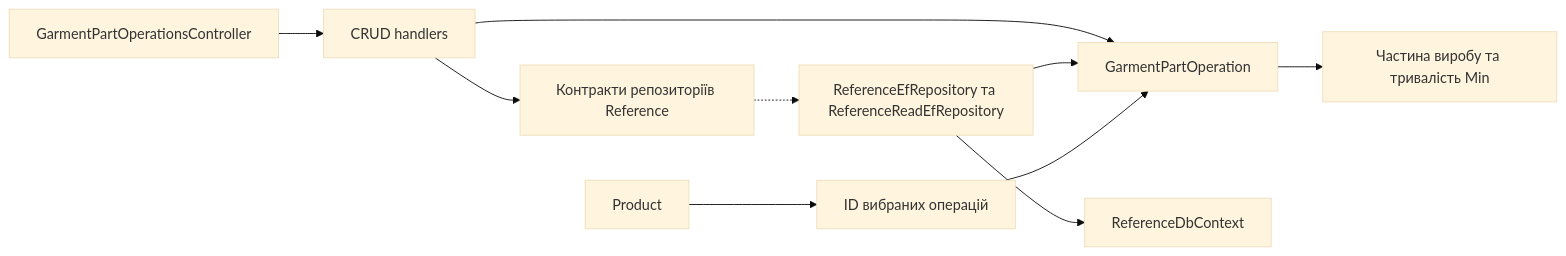
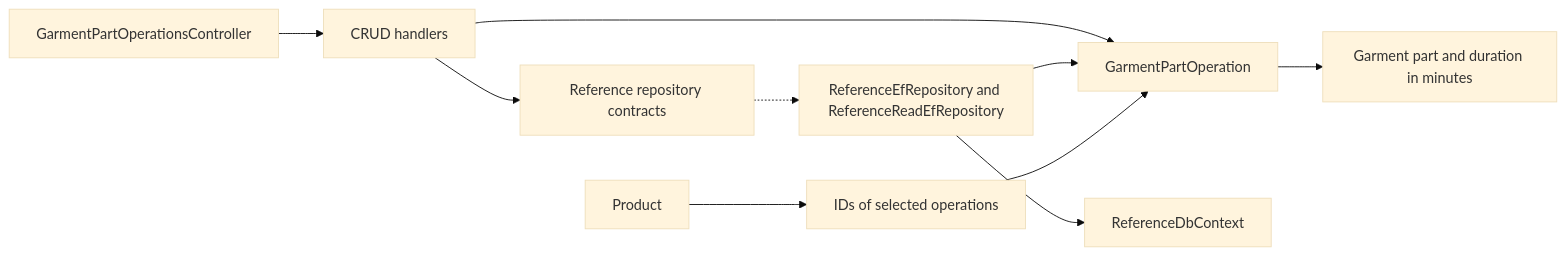
The diagram in docs/sdd/features/reference/garment-part-operations.md (Weretik/BreviERP), drawn with Mermaid (base theme) before and after one commit. The commit also changed other lines of this file and 204 other files, not shown here.

````diff
--- a/docs/sdd/features/reference/garment-part-operations.md
+++ b/docs/sdd/features/reference/garment-part-operations.md
@@ -32,12 +32,12 @@
 ```mermaid
 flowchart LR
     A["GarmentPartOperationsController"] --> B["CRUD handlers"]
     B --> C["GarmentPartOperation"]
-    B --> D["Контракти репозиторіїв Reference"]
-    D -.-> E["ReferenceEfRepository та ReferenceReadEfRepository"]
+    B --> D["Reference repository contracts"]
+    D -.-> E["ReferenceEfRepository and ReferenceReadEfRepository"]
     E --> F["ReferenceDbContext"]
     E --> C
-    C --> G["Частина виробу та тривалість Min"]
-    H["Product"] --> I["ID вибраних операцій"]
+    C --> G["Garment part and duration in minutes"]
+    H["Product"] --> I["IDs of selected operations"]
     I --> C
 ```
````
